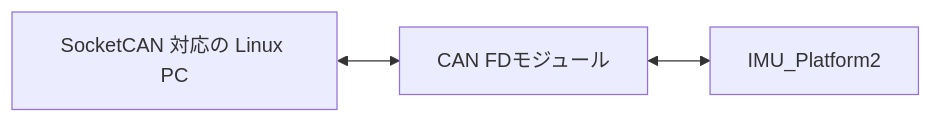
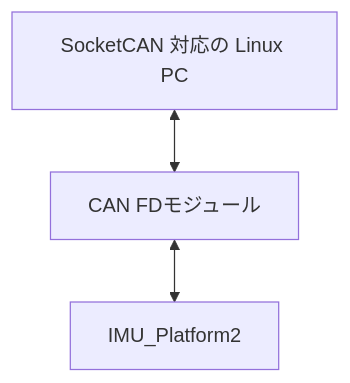
One commit to technoroad/TR-IMU2-PythonTestApp changed the second of 2 diagrams in README.md. Above: the diagram before and after it, drawn with Mermaid. The commit also changed other lines of this file, not shown here.

Commit message:
mermaidを上から下に変更

````diff
--- a/README.md
+++ b/README.md
@@ -54,5 +54,5 @@
 ```mermaid
-graph LR
+graph TB
     PC["SocketCAN 対応の Linux PC"] <-->|" "| MODULE["CAN FDモジュール"]
     MODULE <-->|" "| PLATFORM["IMU_Platform2"]
 ```
````
